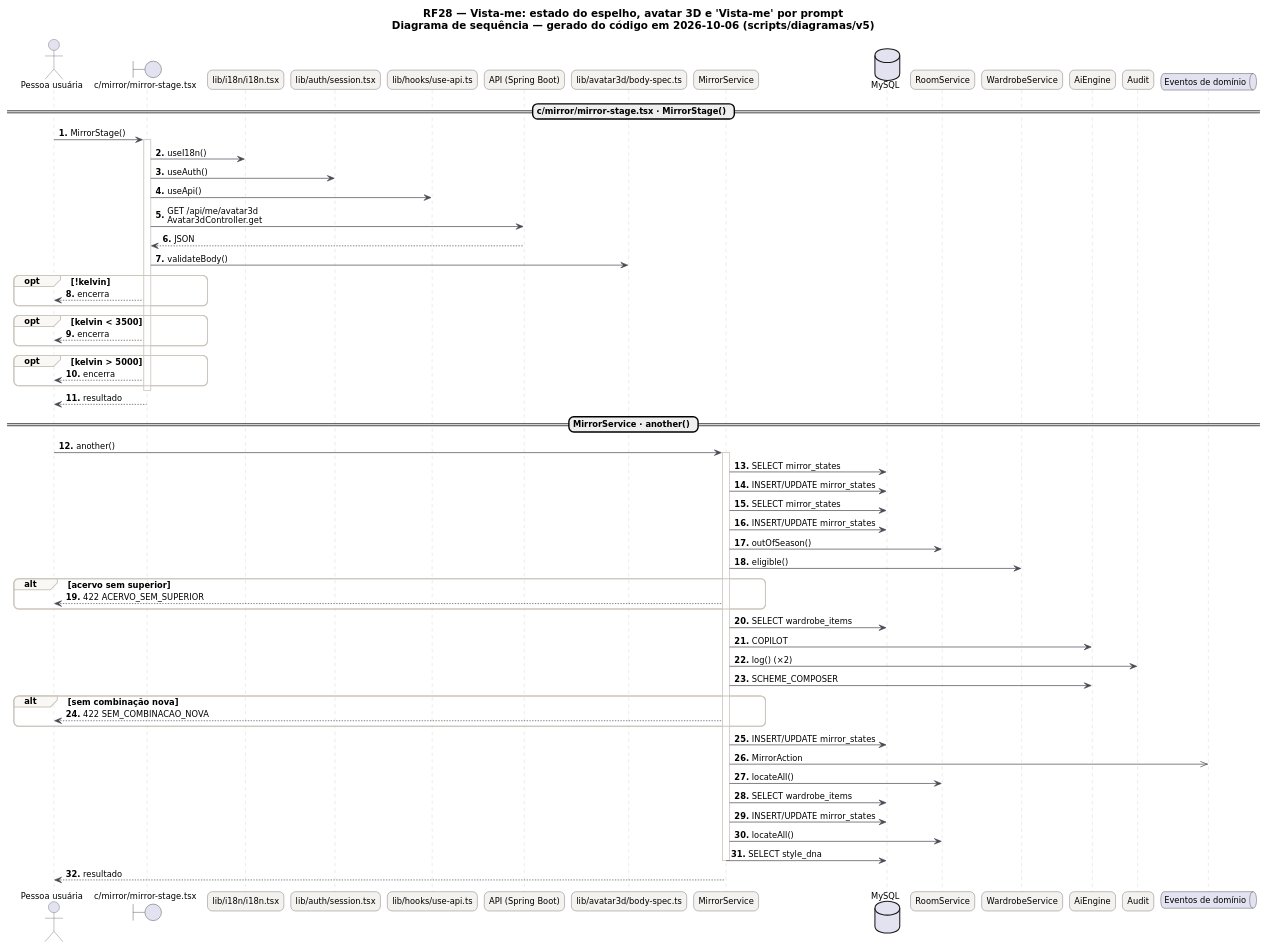
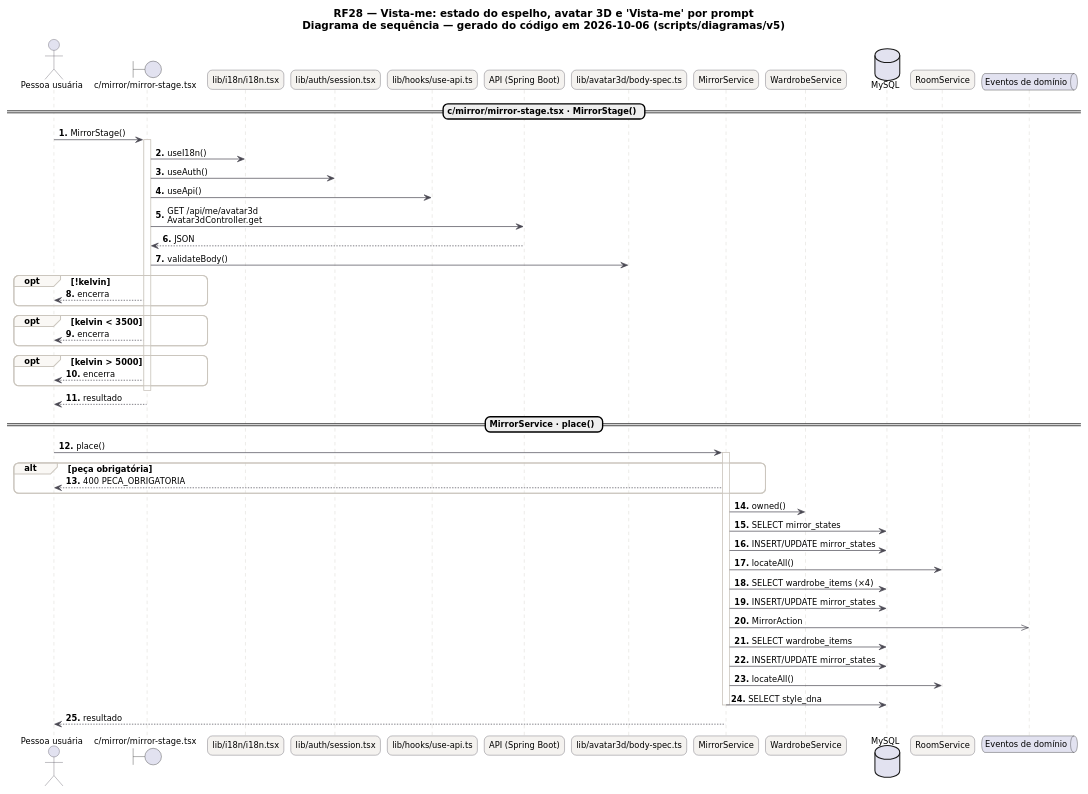
One commit to MatheusHaliski/tcc-2026-fashion-ai-backend changed the diagram in docs/diagramas/RF28-espelho-vista-me/RF28-espelho-sequencia.puml. Above: the diagram before and after it, drawn with PlantUML. The commit also changed 36 other files, not shown here.

```diff
--- a/docs/diagramas/RF28-espelho-vista-me/RF28-espelho-sequencia.puml
+++ b/docs/diagramas/RF28-espelho-vista-me/RF28-espelho-sequencia.puml
@@ -1,88 +1,77 @@
 @startuml RF28_Espelho_Sequencia
 skinparam backgroundColor #FFFFFF
 skinparam shadowing false
 skinparam defaultFontName "DejaVu Sans"
 skinparam defaultFontSize 12
 skinparam titleFontSize 15
 skinparam roundcorner 14
 skinparam ArrowColor #52606D
 skinparam note {
   BackgroundColor #FFFDEB
   BorderColor #D8CE78
   FontColor #554F24
 }
 skinparam sequence {
   ArrowColor #4A4852
   LifeLineBorderColor #CBC6BE
   ParticipantBackgroundColor #F4F2EF
   ParticipantBorderColor #4A4852
   ActorBorderColor #4A4852
   GroupBorderColor #CBC6BE
   GroupBackgroundColor #FAF8F5
 }
 autonumber "<b>0."
 title RF28 — Vista-me: estado do espelho, avatar 3D e 'Vista-me' por prompt\nDiagrama de sequência — gerado do código em 2026-10-06 (scripts/diagramas/v5)
 
 actor "Pessoa usuária" as U
 boundary "c/mirror/mirror-stage.tsx" as c_mirror_mirror_stage_tsx
 participant "lib/i18n/i18n.tsx" as lib_i18n_i18n_tsx
 participant "lib/auth/session.tsx" as lib_auth_session_tsx
 participant "lib/hooks/use-api.ts" as lib_hooks_use_api_ts
 participant "API (Spring Boot)" as API
 participant "lib/avatar3d/body-spec.ts" as lib_avatar3d_body_spec_ts
 participant "MirrorService" as MirrorService
+participant "WardrobeService" as WardrobeService
 database "MySQL" as DB_MySQL
 participant "RoomService" as RoomService
-participant "WardrobeService" as WardrobeService
-participant "AiEngine" as AI
-participant "Audit" as Audit
 queue "Eventos de domínio" as EV
 == c/mirror/mirror-stage.tsx · MirrorStage() ==
 U -> c_mirror_mirror_stage_tsx : MirrorStage()
 activate c_mirror_mirror_stage_tsx
 c_mirror_mirror_stage_tsx -> lib_i18n_i18n_tsx : useI18n()
 c_mirror_mirror_stage_tsx -> lib_auth_session_tsx : useAuth()
 c_mirror_mirror_stage_tsx -> lib_hooks_use_api_ts : useApi()
 c_mirror_mirror_stage_tsx -> API : GET /api/me/avatar3d\nAvatar3dController.get
 API --> c_mirror_mirror_stage_tsx : JSON
 c_mirror_mirror_stage_tsx -> lib_avatar3d_body_spec_ts : validateBody()
 opt !kelvin
 c_mirror_mirror_stage_tsx --> U : encerra
 end
 opt kelvin < 3500
 c_mirror_mirror_stage_tsx --> U : encerra
 end
 opt kelvin > 5000
 c_mirror_mirror_stage_tsx --> U : encerra
 end
 deactivate c_mirror_mirror_stage_tsx
 c_mirror_mirror_stage_tsx --> U : resultado
-== MirrorService · another() ==
-U -> MirrorService : another()
+== MirrorService · place() ==
+U -> MirrorService : place()
 activate MirrorService
+alt peça obrigatória
+MirrorService --> U : 400 PECA_OBRIGATORIA
+end
+MirrorService -> WardrobeService : owned()
 MirrorService -> DB_MySQL : SELECT mirror_states
 MirrorService -> DB_MySQL : INSERT/UPDATE mirror_states
-MirrorService -> DB_MySQL : SELECT mirror_states
-MirrorService -> DB_MySQL : INSERT/UPDATE mirror_states
-MirrorService -> RoomService : outOfSeason()
-MirrorService -> WardrobeService : eligible()
-alt acervo sem superior
-MirrorService --> U : 422 ACERVO_SEM_SUPERIOR
-end
-MirrorService -> DB_MySQL : SELECT wardrobe_items
-MirrorService -> AI : COPILOT
-MirrorService -> Audit : log() (×2)
-MirrorService -> AI : SCHEME_COMPOSER
-alt sem combinação nova
-MirrorService --> U : 422 SEM_COMBINACAO_NOVA
-end
+MirrorService -> RoomService : locateAll()
+MirrorService -> DB_MySQL : SELECT wardrobe_items (×4)
 MirrorService -> DB_MySQL : INSERT/UPDATE mirror_states
 MirrorService ->> EV : MirrorAction
-MirrorService -> RoomService : locateAll()
 MirrorService -> DB_MySQL : SELECT wardrobe_items
 MirrorService -> DB_MySQL : INSERT/UPDATE mirror_states
 MirrorService -> RoomService : locateAll()
 MirrorService -> DB_MySQL : SELECT style_dna
 deactivate MirrorService
 MirrorService --> U : resultado
 @enduml
```
